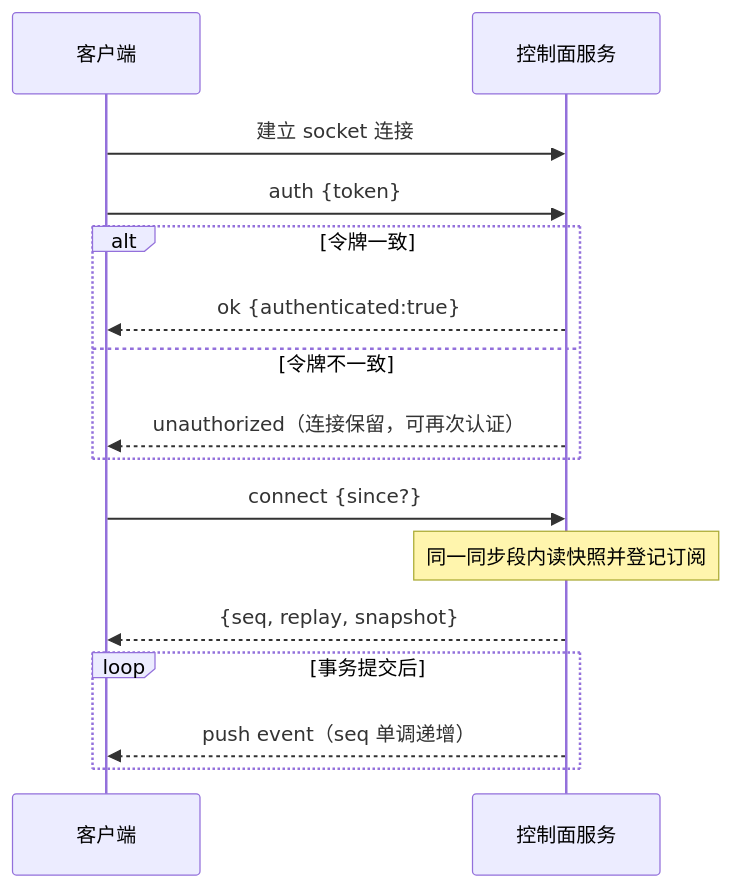
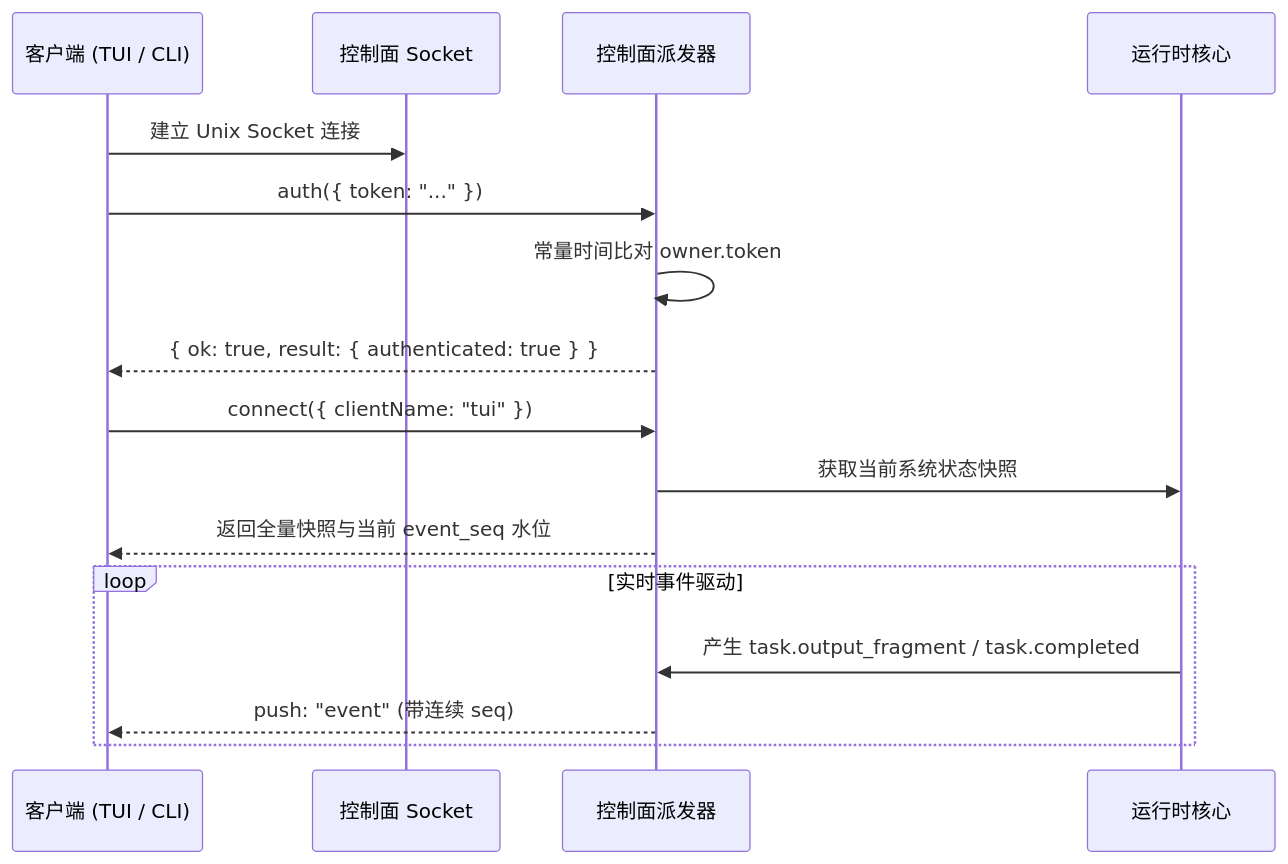
Before and after one commit to num-lab/Ruukoto: the second of 2 diagrams in docs/modules/control.md, drawn with Mermaid. The commit also changed other lines of this file and 19 other files, not shown here.

````diff
--- a/docs/modules/control.md
+++ b/docs/modules/control.md
@@ -157,18 +73,19 @@
 ```mermaid
 sequenceDiagram
-    participant C as 客户端
-    participant S as 控制面服务
-    C->>S: 建立 socket 连接
-    C->>S: auth {token}
-    alt 令牌一致
-        S-->>C: ok {authenticated:true}
-    else 令牌不一致
-        S-->>C: unauthorized（连接保留，可再次认证）
-    end
-    C->>S: connect {since?}
-    Note over S: 同一同步段内读快照并登记订阅
-    S-->>C: {seq, replay, snapshot}
-    loop 事务提交后
-        S-->>C: push event（seq 单调递增）
-    end
+  participant Client as 客户端 (TUI / CLI)
+  participant Socket as 控制面 Socket
+  participant Dispatcher as 控制面派发器
+  participant Runtime as 运行时核心
+
+  Client->>Socket: 建立 Unix Socket 连接
+  Client->>Dispatcher: auth({ token: "..." })
+  Dispatcher->>Dispatcher: 常量时间比对 owner.token
+  Dispatcher-->>Client: { ok: true, result: { authenticated: true } }
+  Client->>Dispatcher: connect({ clientName: "tui" })
+  Dispatcher->>Runtime: 获取当前系统状态快照
+  Dispatcher-->>Client: 返回全量快照与当前 event_seq 水位
+  loop 实时事件驱动
+    Runtime->>Dispatcher: 产生 task.output_fragment / task.completed
+    Dispatcher-->>Client: push: "event" (带连续 seq)
+  end
 ```
````
